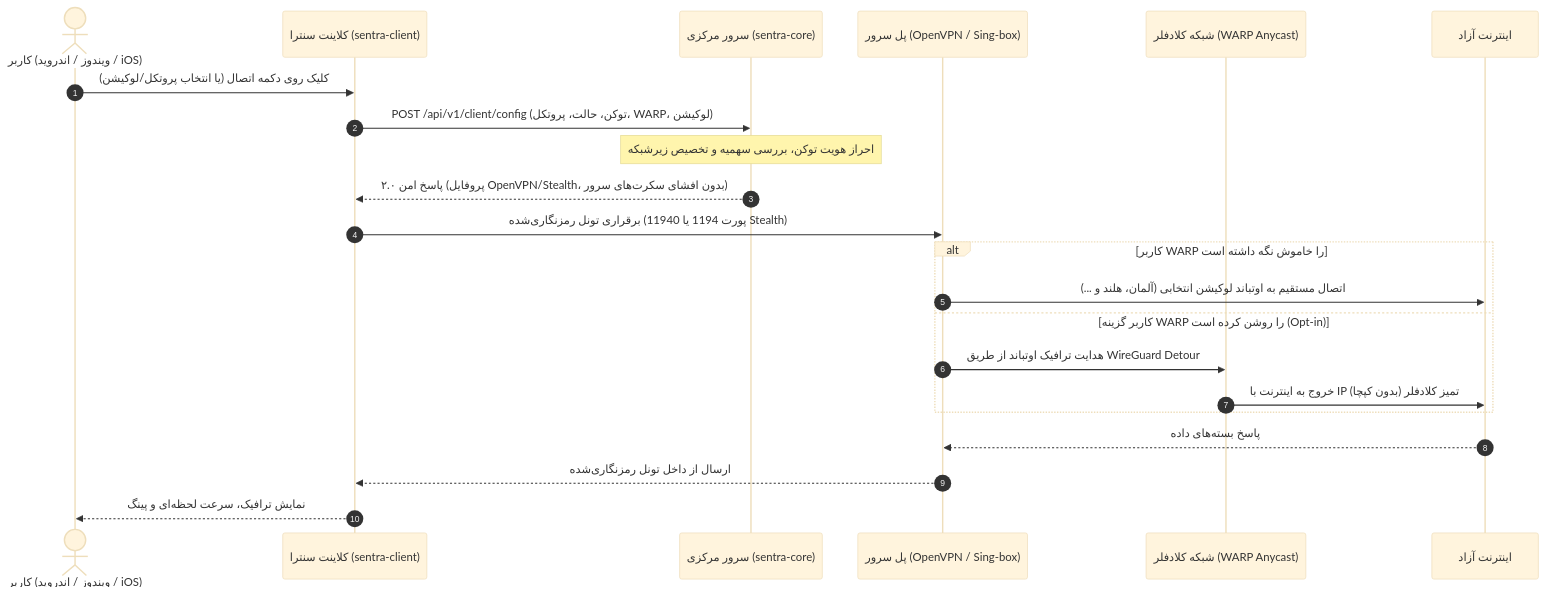
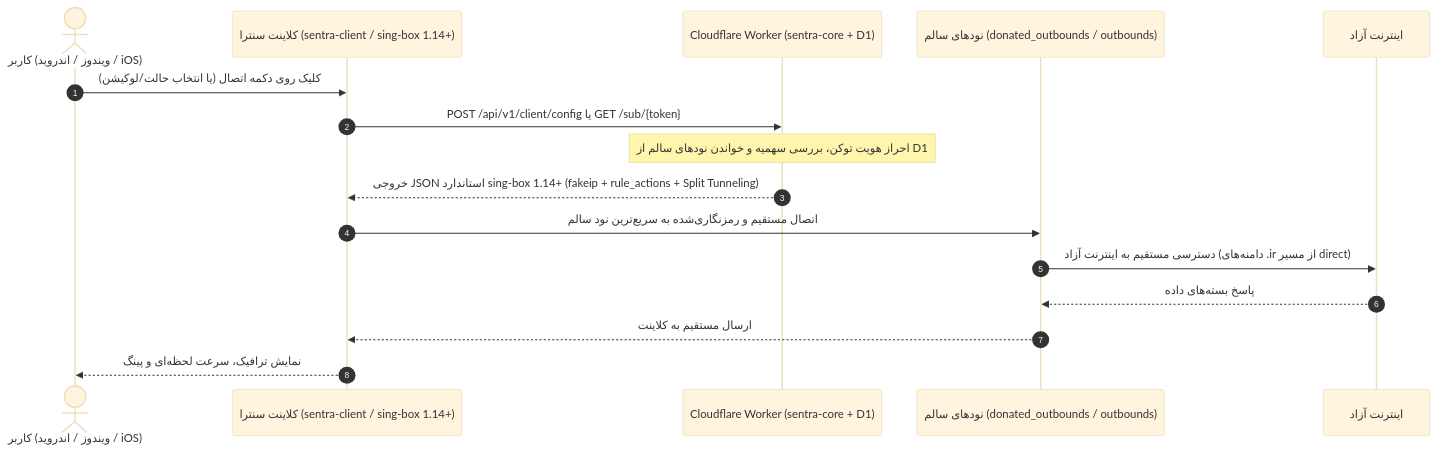
The first of 2 diagrams in docs/ARCHITECTURE.md (parsa904/SentraVpn), drawn with Mermaid (base theme) before and after one commit. The commit also changed other lines of this file and 14 other files, not shown here.

First line of the commit message:
refactor: migrate to Zero-VPS architecture

````diff
--- a/docs/ARCHITECTURE.md
+++ b/docs/ARCHITECTURE.md
@@ -88,27 +87,19 @@
 ```mermaid
 sequenceDiagram
     autonumber
     actor User as کاربر (ویندوز / اندروید / iOS)
-    participant Client as کلاینت سنترا (sentra-client)
-    participant CoreAPI as سرور مرکزی (sentra-core)
-    participant EdgeBridge as پل سرور (OpenVPN / Sing-box)
-    participant WARP as شبکه کلادفلر (WARP Anycast)
+    participant Client as کلاینت سنترا (sentra-client / sing-box 1.14+)
+    participant Worker as Cloudflare Worker (sentra-core + D1)
+    participant Nodes as نودهای سالم (donated_outbounds / outbounds)
     participant Web as اینترنت آزاد
 
-    User->>Client: کلیک روی دکمه اتصال (یا انتخاب پروتکل/لوکیشن)
-    Client->>CoreAPI: POST /api/v1/client/config (توکن، حالت، پروتکل، WARP، لوکیشن)
-    Note over CoreAPI: احراز هویت توکن، بررسی سهمیه و تخصیص زیرشبکه
-    CoreAPI-->>Client: پاسخ امن ۲.۰ (پروفایل OpenVPN/Stealth، بدون افشای سکرت‌های سرور)
-    Client->>EdgeBridge: برقراری تونل رمزنگاری‌شده (پورت 1194 یا 11940 Stealth)
-    
-    alt کاربر WARP را خاموش نگه داشته است
-        EdgeBridge->>Web: اتصال مستقیم به اوتباند لوکیشن انتخابی (آلمان، هلند و ...)
-    else کاربر گزینه WARP را روشن کرده است (Opt-in)
-        EdgeBridge->>WARP: هدایت ترافیک اوتباند از طریق WireGuard Detour
-        WARP->>Web: خروج به اینترنت با IP تمیز کلادفلر (بدون کپچا)
-    end
-    
-    Web-->>EdgeBridge: پاسخ بسته‌های داده
-    EdgeBridge-->>Client: ارسال از داخل تونل رمزنگاری‌شده
+    User->>Client: کلیک روی دکمه اتصال (یا انتخاب حالت/لوکیشن)
+    Client->>Worker: POST /api/v1/client/config یا GET /sub/{token}
+    Note over Worker: احراز هویت توکن، بررسی سهمیه و خواندن نودهای سالم از D1
+    Worker-->>Client: خروجی JSON استاندارد sing-box 1.14+ (fakeip + rule_actions + Split Tunneling)
+    Client->>Nodes: اتصال مستقیم و رمزنگاری‌شده به سریع‌ترین نود سالم
+    Nodes->>Web: دسترسی مستقیم به اینترنت آزاد (دامنه‌های .ir از مسیر direct)
+    Web-->>Nodes: پاسخ بسته‌های داده
+    Nodes-->>Client: ارسال مستقیم به کلاینت
     Client-->>User: نمایش ترافیک، سرعت لحظه‌ای و پینگ
 ```
````
